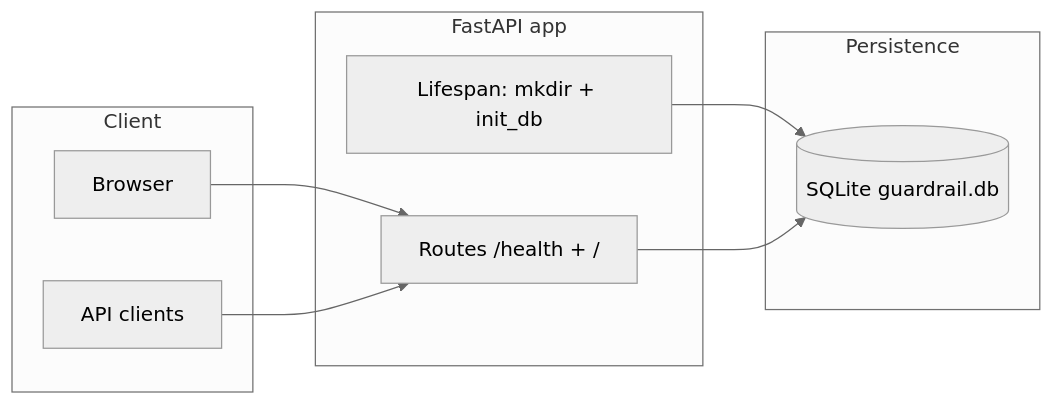
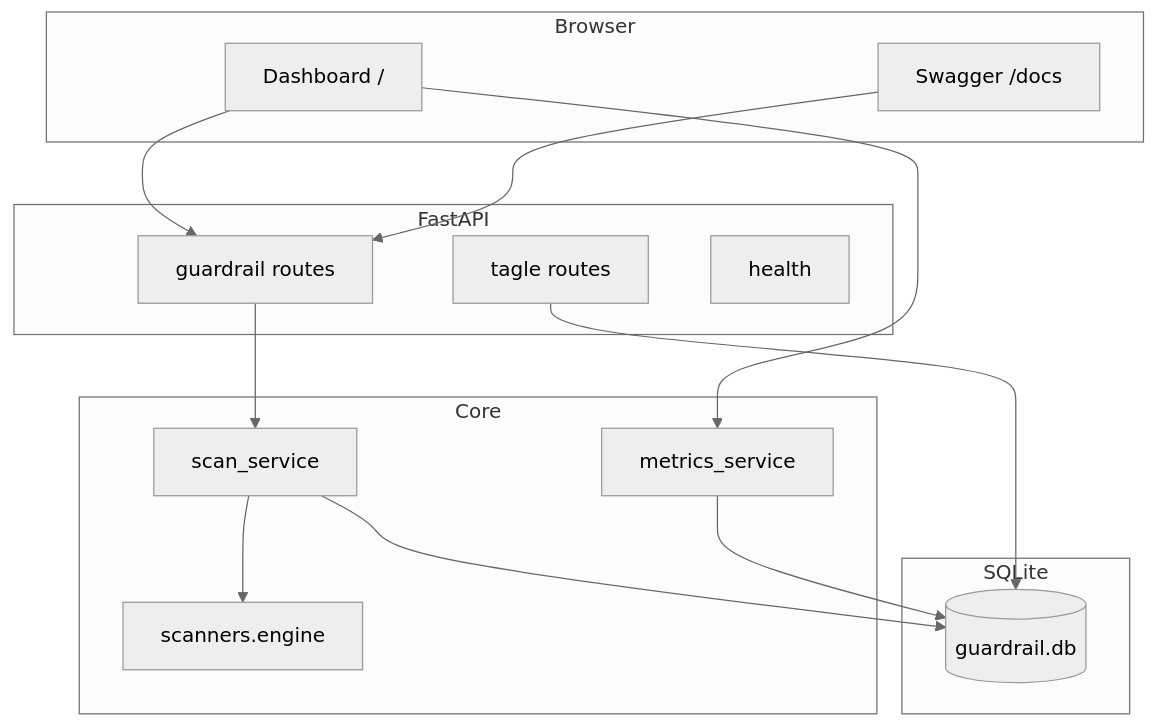
Before and after one commit to sivasankarp/VibeCoding: the diagram in security-guardrail-auditor/README.md, drawn with Mermaid (neutral theme). The commit also changed other lines of this file and 28 other files, not shown here.

````diff
--- a/security-guardrail-auditor/README.md
+++ b/security-guardrail-auditor/README.md
@@ -25,18 +67,28 @@
 ```mermaid
-flowchart LR
-  subgraph client [Client]
-    Browser[Browser]
-    APIClient[API clients]
+flowchart TB
+  subgraph ui [Browser]
+    Dash[Dashboard /]
+    Docs[Swagger /docs]
   end
-  subgraph app [FastAPI app]
-    Routes[Routes /health + /]
-    Lifespan[Lifespan: mkdir + init_db]
+  subgraph api [FastAPI]
+    G[guardrail routes]
+    T[tagle routes]
+    H[health]
   end
-  subgraph data [Persistence]
-    SQLite[(SQLite guardrail.db)]
+  subgraph core [Core]
+    ScanSvc[scan_service]
+    MetSvc[metrics_service]
+    Eng[scanners.engine]
   end
-  Browser --> Routes
-  APIClient --> Routes
-  Lifespan --> SQLite
-  Routes --> SQLite
+  subgraph store [SQLite]
+    DB[(guardrail.db)]
+  end
+  Dash --> G
+  Dash --> MetSvc
+  Docs --> G
+  G --> ScanSvc
+  ScanSvc --> Eng
+  ScanSvc --> DB
+  MetSvc --> DB
+  T --> DB
 ```
````
